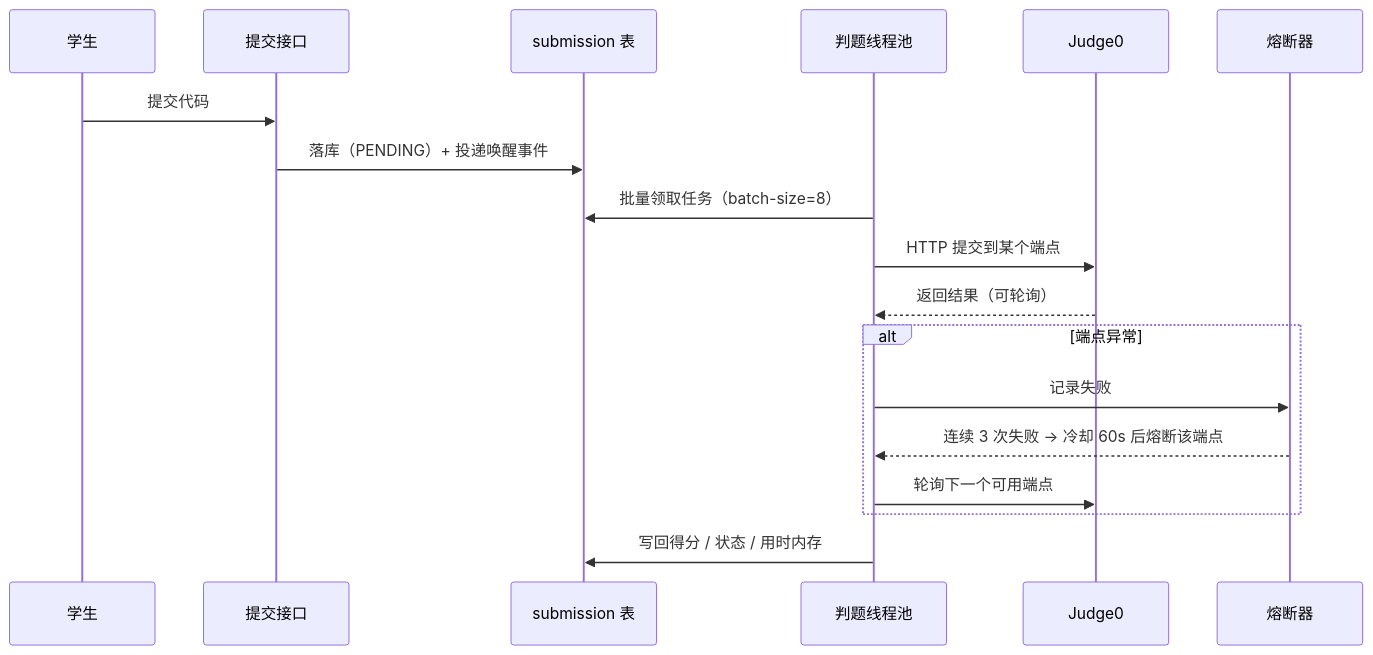
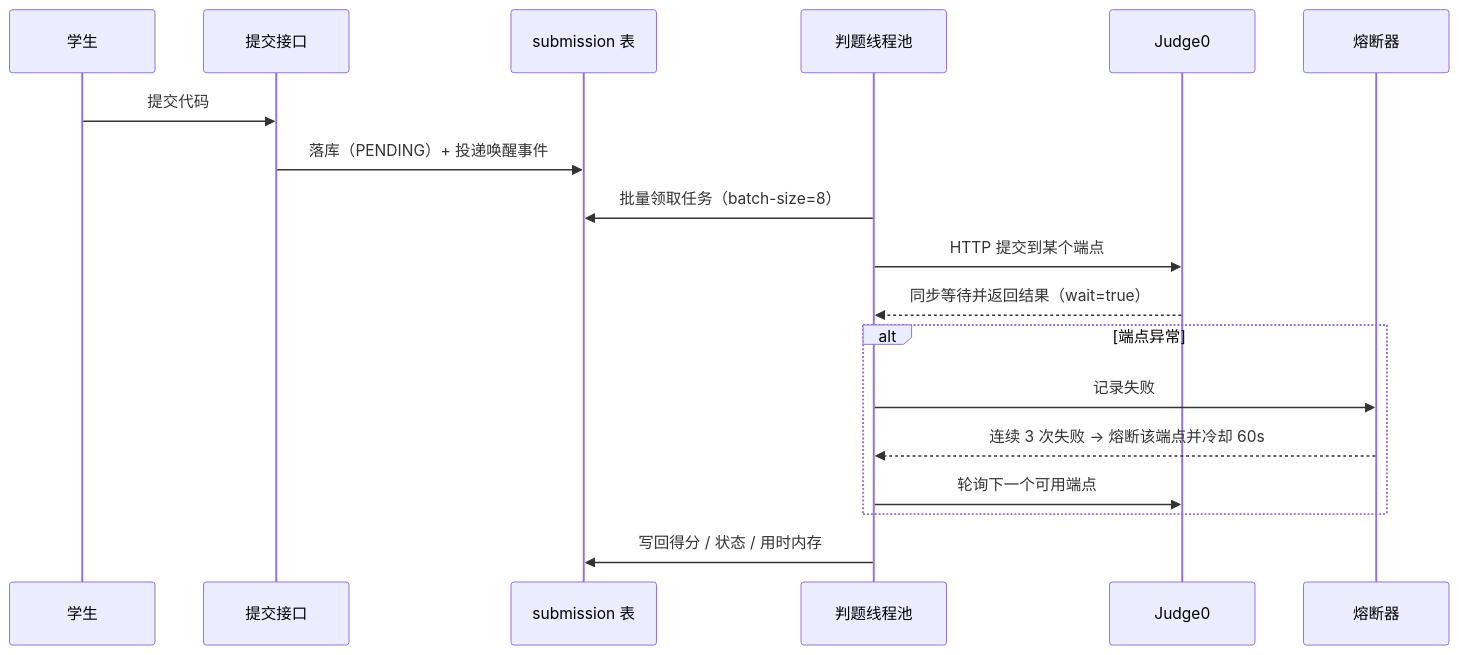
The second of 2 diagrams in docs/ARCHITECTURE.md (RasVz/MuseAlgo-OJ), drawn with Mermaid before and after one commit. The commit also changed other lines of this file and 12 other files, not shown here.

````diff
--- a/docs/ARCHITECTURE.md
+++ b/docs/ARCHITECTURE.md
@@ -90,21 +94,21 @@
 ```mermaid
 sequenceDiagram
     participant U as 学生
     participant API as 提交接口
     participant DB as submission 表
     participant W as 判题线程池
     participant J as Judge0
     participant CB as 熔断器
 
     U->>API: 提交代码
     API->>DB: 落库（PENDING）+ 投递唤醒事件
     W->>DB: 批量领取任务（batch-size=8）
     W->>J: HTTP 提交到某个端点
-    J-->>W: 返回结果（可轮询）
+    J-->>W: 同步等待并返回结果（wait=true）
     alt 端点异常
         W->>CB: 记录失败
-        CB-->>W: 连续 3 次失败 → 冷却 60s 后熔断该端点
+        CB-->>W: 连续 3 次失败 → 熔断该端点并冷却 60s
         W->>J: 轮询下一个可用端点
     end
     W->>DB: 写回得分 / 状态 / 用时内存
 ```
````
